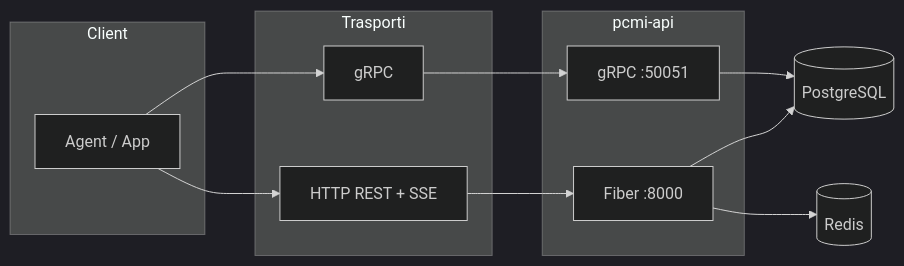
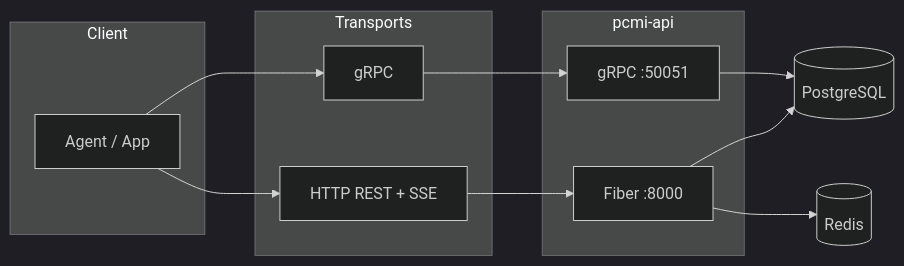
Before and after one commit to marco-spagn/pcmi: the diagram in docs/USAGE.md, drawn with Mermaid (dark theme). The commit also changed other lines of this file and 47 other files, not shown here.

````diff
--- a/docs/USAGE.md
+++ b/docs/USAGE.md
@@ -20,19 +20,19 @@
 ```mermaid
 flowchart LR
   subgraph clients [Client]
     A[Agent / App]
   end
-  subgraph transports [Trasporti]
+  subgraph transports [Transports]
     H[HTTP REST + SSE]
     G[gRPC]
   end
   subgraph api [pcmi-api]
     F[Fiber :8000]
     GR[gRPC :50051]
   end
   A --> H --> F
   A --> G --> GR
   F --> PG[(PostgreSQL)]
   GR --> PG
   F --> R[(Redis)]
 ```
````
